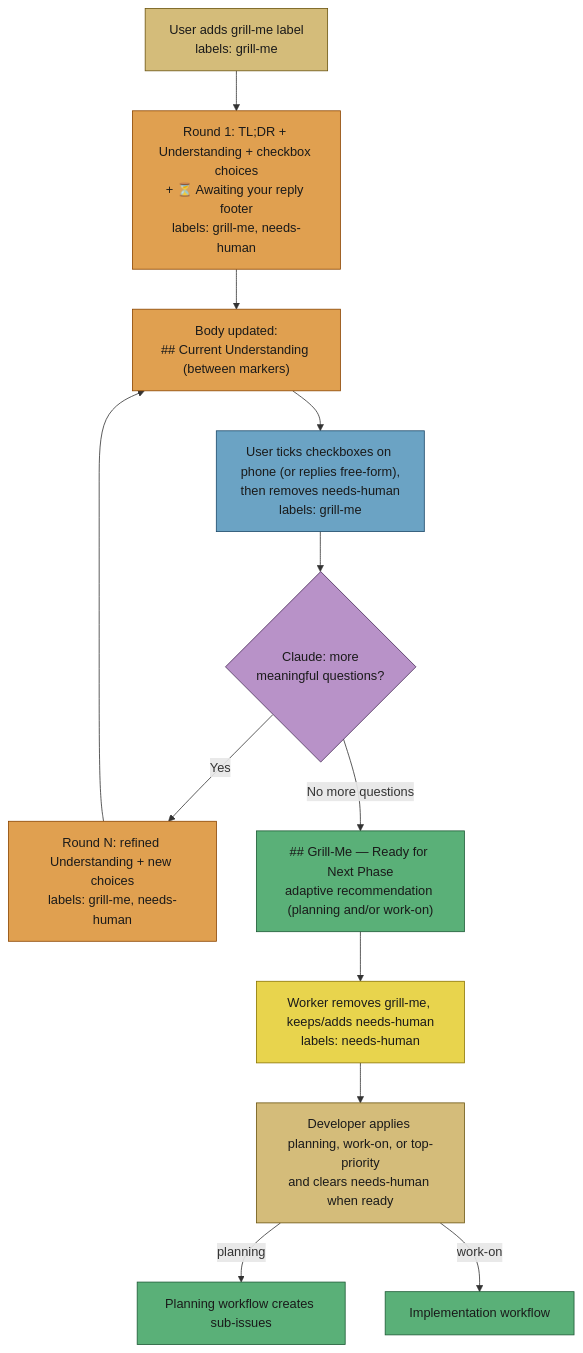
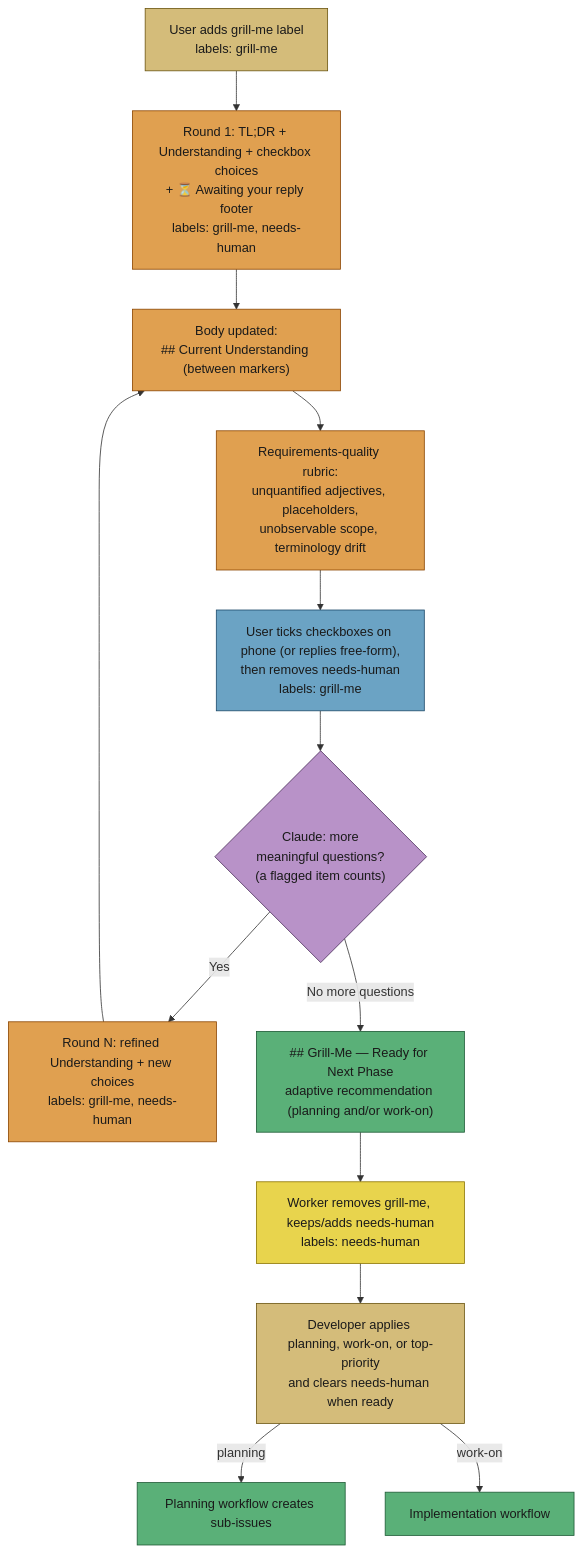
The first of 2 diagrams in docs/workflows/grill-me.md (stSoftwareAU/VibeCoder), drawn with Mermaid before and after one commit. The commit also changed other lines of this file and 5 other files, not shown here.

First line of the commit message:
Add a requirements-quality rubric to grill-me (Issue #519)

````diff
--- a/docs/workflows/grill-me.md
+++ b/docs/workflows/grill-me.md
@@ -70,36 +70,39 @@
 ```mermaid
 flowchart TD
   Label["User adds grill-me label<br/>labels: grill-me"]
   R1["Round 1: TL;DR + Understanding + checkbox choices<br/>+ ⏳ Awaiting your reply footer<br/>labels: grill-me, needs-human"]
   Body["Body updated:<br/>## Current Understanding (between markers)"]
+  Rubric["Requirements-quality rubric:<br/>unquantified adjectives, placeholders,<br/>unobservable scope, terminology drift"]
   Reply["User ticks checkboxes on phone (or replies free-form),<br/>then removes needs-human<br/>labels: grill-me"]
-  Done{"Claude: more<br/>meaningful questions?"}
+  Done{"Claude: more<br/>meaningful questions?<br/>(a flagged item counts)"}
   RN["Round N: refined Understanding + new choices<br/>labels: grill-me, needs-human"]
   Final["## Grill-Me — Ready for Next Phase<br/>adaptive recommendation (planning and/or work-on)"]
   Rm["Worker removes grill-me, keeps/adds needs-human<br/>labels: needs-human"]
   Dev["Developer applies planning, work-on, or top-priority<br/>and clears needs-human when ready"]
   Plan["Planning workflow creates sub-issues"]
   Work["Implementation workflow"]
   Label --> R1
   R1 --> Body
-  Body --> Reply
+  Body --> Rubric
+  Rubric --> Reply
   Reply --> Done
   Done -->|Yes| RN
   RN --> Body
   Done -->|No more questions| Final
   Final --> Rm
   Rm --> Dev
   Dev -->|planning| Plan
   Dev -->|work-on| Work
   style Label fill:#d4bc7a,stroke:#6b5510,color:#1a1a1a
   style R1 fill:#e0a050,stroke:#8b4500,color:#1a1a1a
   style Body fill:#e0a050,stroke:#8b4500,color:#1a1a1a
+  style Rubric fill:#e0a050,stroke:#8b4500,color:#1a1a1a
   style Reply fill:#6ba3c4,stroke:#1d4a6a,color:#1a1a1a
   style Done fill:#b892c8,stroke:#4a2d5a,color:#1a1a1a
   style RN fill:#e0a050,stroke:#8b4500,color:#1a1a1a
   style Final fill:#5ab078,stroke:#1d5a35,color:#1a1a1a
   style Rm fill:#e8d44d,stroke:#8b7500,color:#1a1a1a
   style Dev fill:#d4bc7a,stroke:#6b5510,color:#1a1a1a
   style Plan fill:#5ab078,stroke:#1d5a35,color:#1a1a1a
   style Work fill:#5ab078,stroke:#1d5a35,color:#1a1a1a
 ```
````
